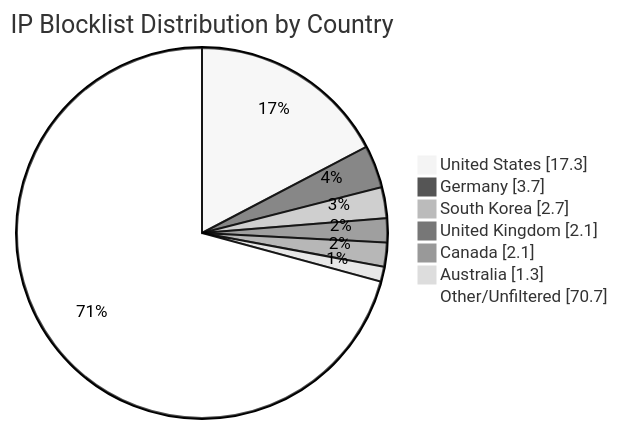
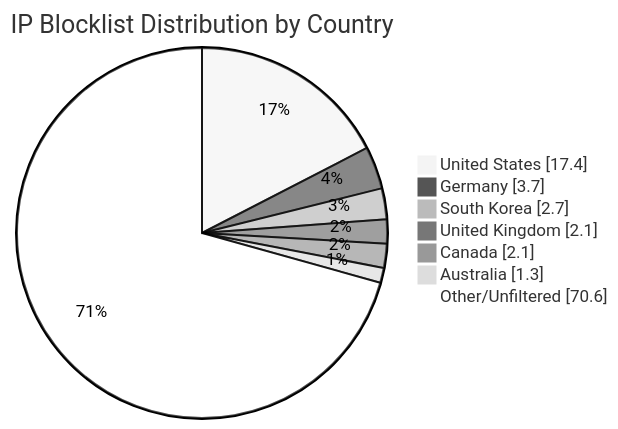
Before and after one commit to MarcusHoltz/ipblocklist-geofiltered-aggregator: the diagram in README.md, drawn with Mermaid (neutral theme). The commit also changed other lines of this file and 9 other files, not shown here.

````diff
--- a/README.md
+++ b/README.md
@@ -34,10 +34,10 @@
 ```mermaid
 pie showData title IP Blocklist Distribution by Country
-"United States" : 17.3
+"United States" : 17.4
 "Germany" : 3.7
 "South Korea" : 2.7
 "United Kingdom" : 2.1
 "Canada" : 2.1
 "Australia" : 1.3
-"Other/Unfiltered" : 70.7
+"Other/Unfiltered" : 70.6
 ```
````
